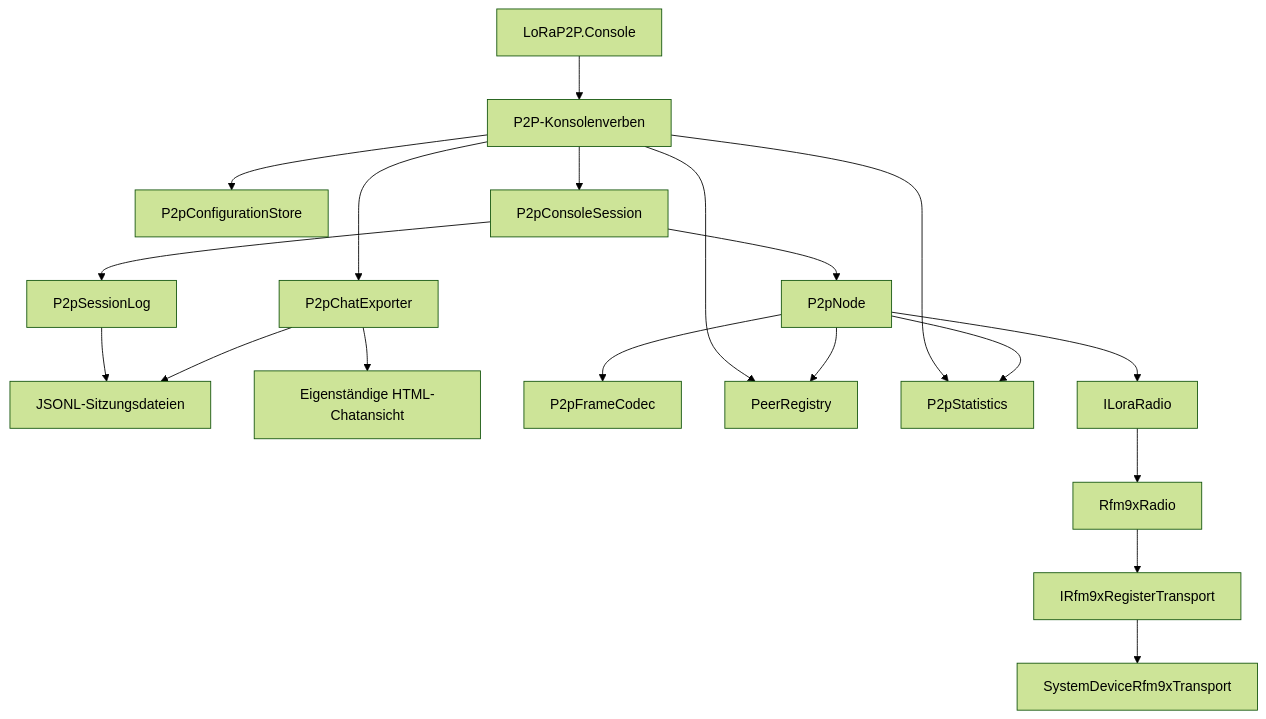
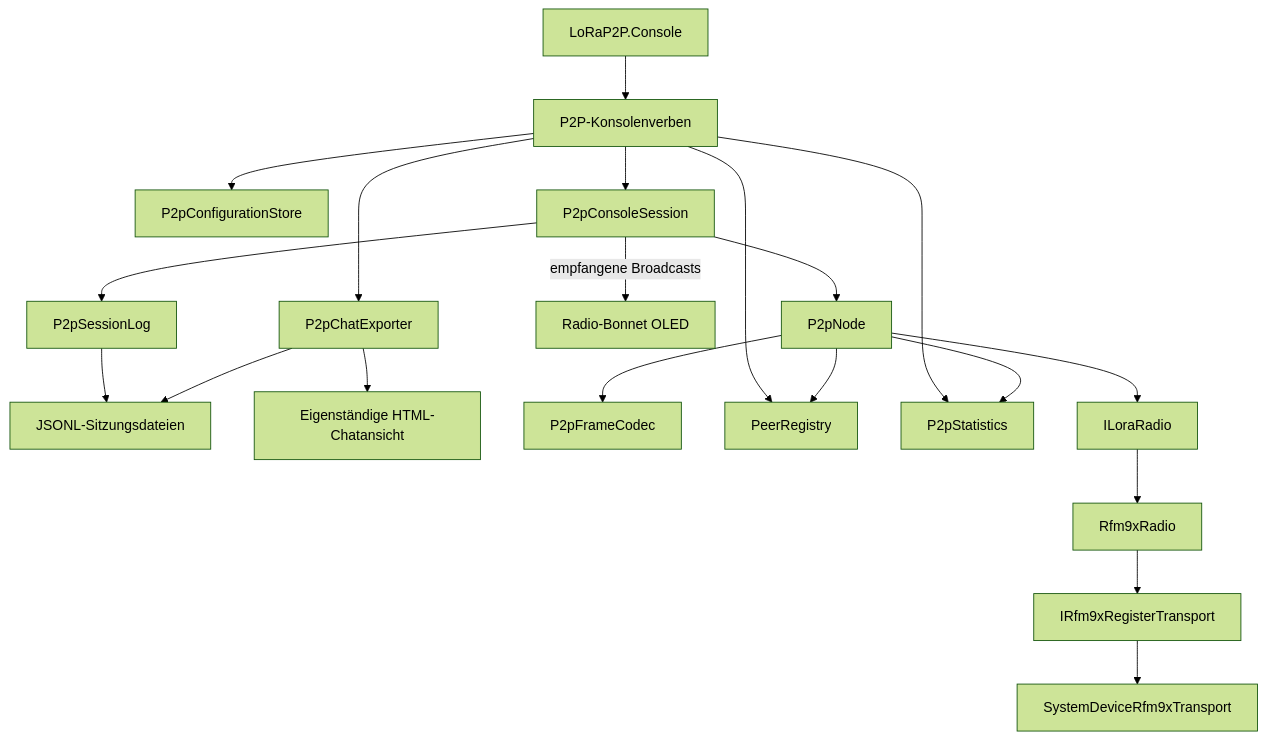
The first of 2 diagrams in docs/p2p/architecture.md (thomasbiel/LoRaP2P), drawn with Mermaid (forest theme) before and after one commit. The commit also changed other lines of this file and 10 other files, not shown here.

````diff
--- a/docs/p2p/architecture.md
+++ b/docs/p2p/architecture.md
@@ -9,41 +9,43 @@
 ```mermaid
 flowchart TD
     CLI[LoRaP2P.Console]
     VERBS[P2P-Konsolenverben]
     CONFIG[P2pConfigurationStore]
     SESSION[P2pConsoleSession]
     LOG[P2pSessionLog]
     EXPORT[P2pChatExporter]
+    DISPLAY[Radio-Bonnet OLED]
     JSONL[JSONL-Sitzungsdateien]
     HTML[Eigenständige HTML-Chatansicht]
     NODE[P2pNode]
     CODEC[P2pFrameCodec]
     PEERS[PeerRegistry]
     STATS[P2pStatistics]
     API[ILoraRadio]
     RADIO[Rfm9xRadio]
     TRANSPORT[IRfm9xRegisterTransport]
     HARDWARE[SystemDeviceRfm9xTransport]
 
     CLI --> VERBS
     VERBS --> SESSION
     VERBS --> CONFIG
     VERBS --> PEERS
     VERBS --> STATS
     VERBS --> EXPORT
 
     SESSION --> NODE
     SESSION --> LOG
+    SESSION -->|empfangene Broadcasts| DISPLAY
     LOG --> JSONL
     EXPORT --> JSONL
     EXPORT --> HTML
 
     NODE --> CODEC
     NODE --> PEERS
     NODE --> STATS
     NODE --> API
 
     API --> RADIO
     RADIO --> TRANSPORT
     TRANSPORT --> HARDWARE
 ```
````
